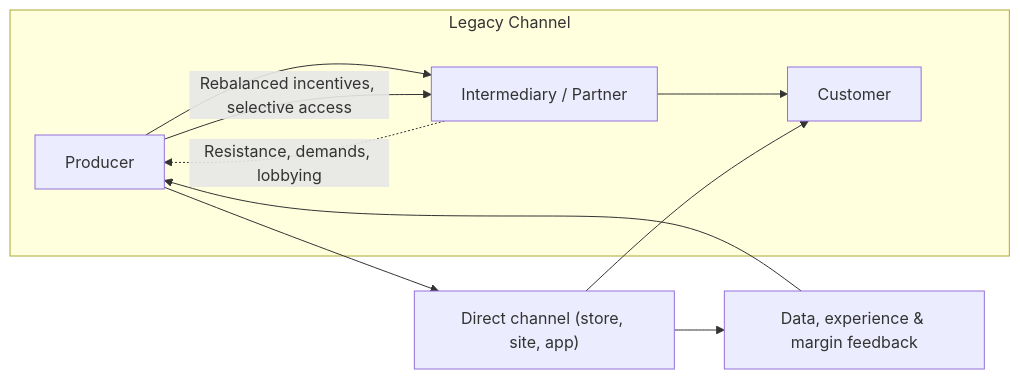
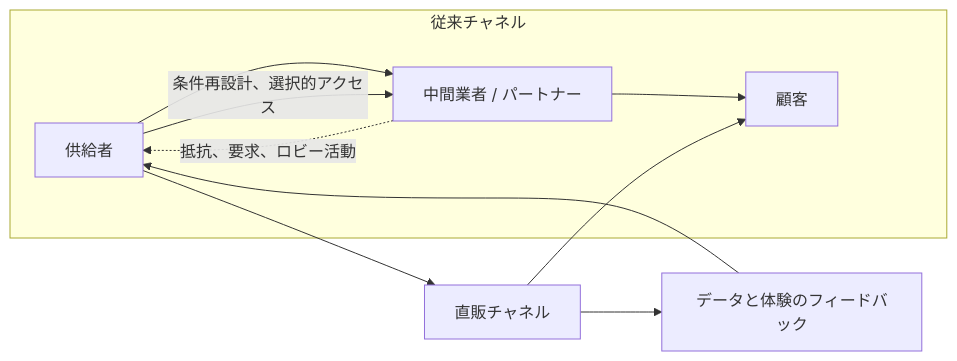
Before and after one commit to wardley-leadership-strategies-ja/wardley-leadership-strategies-ja.github.io: the diagram in docs/strategies/ecosystem/channel-conflict-and-disintermediation/index.md, drawn with Mermaid. The commit also changed other lines of this file and 5 other files, not shown here.

````diff
--- a/docs/strategies/ecosystem/channel-conflict-and-disintermediation/index.md
+++ b/docs/strategies/ecosystem/channel-conflict-and-disintermediation/index.md
@@ -72,13 +68,13 @@
 ```mermaid
 flowchart LR
-    subgraph Legacy Channel
-        A[Producer] --> B[Intermediary / Partner]
-        B --> C[Customer]
+    subgraph 従来チャネル
+        A[供給者] --> B[中間業者 / パートナー]
+        B --> C[顧客]
     end
-    A --> D["Direct channel (store, site, app)"]
+    A --> D[直販チャネル]
     D --> C
-    D --> E[Data, experience & margin feedback]
+    D --> E[データと体験のフィードバック]
     E --> A
-    B -.->|Resistance, demands, lobbying| A
-    A -->|Rebalanced incentives, selective access| B
+    B -.->|抵抗、要求、ロビー活動| A
+    A -->|条件再設計、選択的アクセス| B
 ```
````
